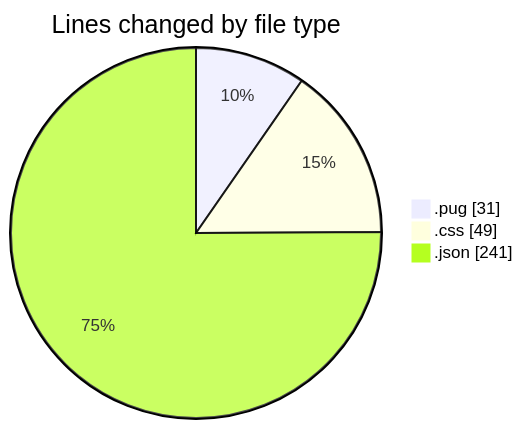
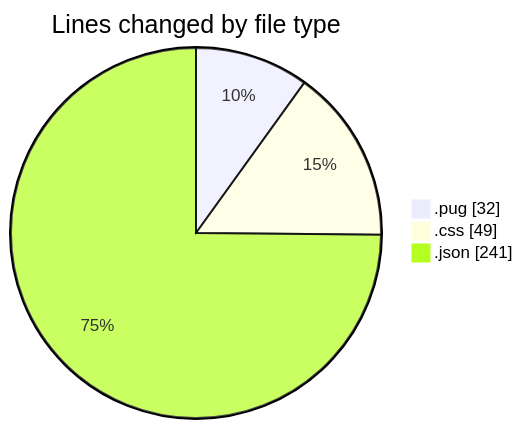
The first of 2 diagrams in 2025-11-06/cda/README.md (momahboobian/code-tracking), drawn with Mermaid before and after one commit. The commit also changed other lines of this file and 1 other file, not shown here.

````diff
--- a/2025-11-06/cda/README.md
+++ b/2025-11-06/cda/README.md
@@ -23,7 +23,7 @@
 ```mermaid
 pie showData
 title Lines changed by file type
-".pug" : 31
+".pug" : 32
 ".css" : 49
 ".json" : 241
 ```
````
